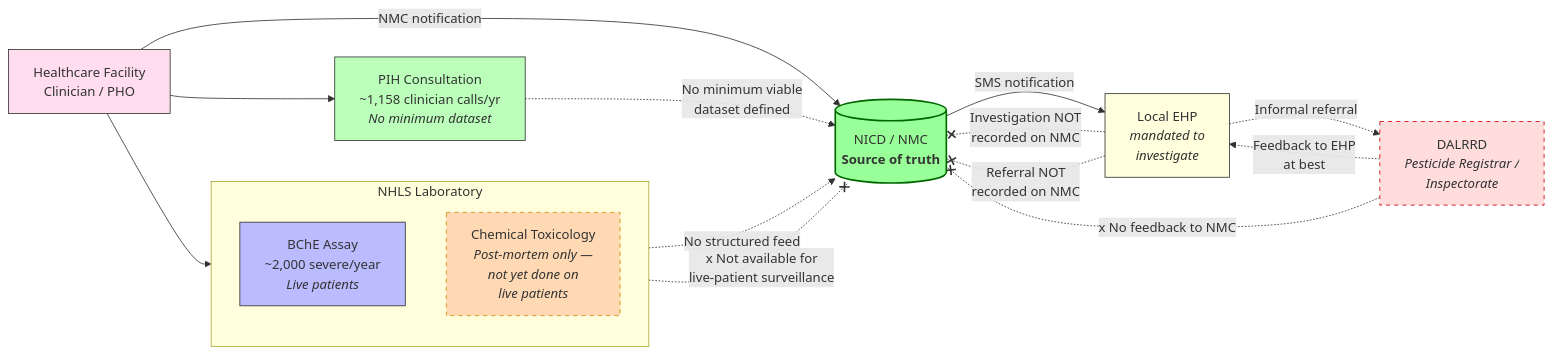
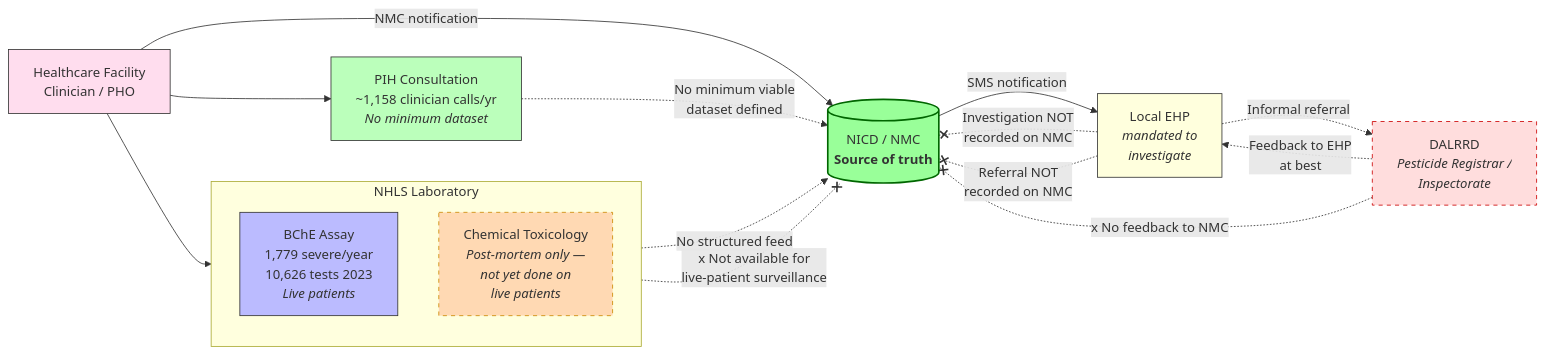
One commit to bridaybrummer/D2P_project changed the first of 2 diagrams in posts/surveillance_concept_note.qmd. Above: the diagram before and after it, drawn with Mermaid. The commit also changed other lines of this file and 9 other files, not shown here.

````diff
--- a/posts/surveillance_concept_note.qmd
+++ b/posts/surveillance_concept_note.qmd
@@ -43,34 +43,34 @@
 ```{mermaid}
 %%| label: fig-current-system
-%%| fig-cap: "Current (fragmented) surveillance architecture. NICD is the de facto source-of-truth for case notifications. Notifications on the NMC platform trigger an SMS to the local EHP (mandated to investigate) but the investigation outcome is not recorded back on NMC. EHP→DALRRD referral is informal and likewise unrecorded. NHLS holds two distinct laboratory streams — BChE (live patients, ~2,000/yr severe) and Chemical Toxicology (post-mortem only — not yet done on live patients) — neither of which feeds NICD in a structured way. PIH consultations are not captured against a minimum viable dataset."
+%%| fig-cap: "Current (fragmented) surveillance architecture. NICD is the de facto source-of-truth for case notifications. Notifications on the NMC platform trigger an SMS to the local EHP (mandated to investigate) but the investigation outcome is not recorded back on NMC. EHP→DALRRD referral is informal and likewise unrecorded. NHLS holds two distinct laboratory streams — BChE (live patients, 1,779/yr severe from 10,626 tests in 2023) and Chemical Toxicology (post-mortem only — not yet done on live patients) — neither of which feeds NICD in a structured way. PIH consultations are not captured against a minimum viable dataset."
 flowchart LR
     A[Healthcare Facility<br/>Clinician / PHO] -->|NMC notification| E[("NICD / NMC<br/><b>Source of truth</b>")]
     A --> N[NHLS Laboratory]
 
     subgraph N[NHLS Laboratory]
         direction TB
-        C1[BChE Assay<br/>~2,000 severe/year<br/><i>Live patients</i>]
+        C1[BChE Assay<br/>1,779 severe/year<br/>10,626 tests 2023<br/><i>Live patients</i>]
         C2[Chemical Toxicology<br/><i>Post-mortem only —<br/>not yet done on<br/>live patients</i>]
     end
 
     A --> D[PIH Consultation<br/>~1,158 clinician calls/yr<br/><i>No minimum dataset</i>]
 
     E -->|SMS notification| H[Local EHP<br/><i>mandated to<br/>investigate</i>]
     H -.Investigation NOT<br/>recorded on NMC.-x E
     H -.Informal referral.-> I[DALRRD<br/><i>Pesticide Registrar /<br/>Inspectorate</i>]
     H -.Referral NOT<br/>recorded on NMC.-x E
     I -.Feedback to EHP<br/>at best.-> H
     I -.x No feedback to NMC.-x E
 
     C1 -.No structured feed.-> E
     C2 -.x Not available for<br/>live-patient surveillance.-x E
     D -.No minimum viable<br/>dataset defined.-> E
 
     style E fill:#9f9,stroke:#060,stroke-width:2px
     style A fill:#fde,stroke:#333
     style C1 fill:#bbf,stroke:#333
     style C2 fill:#ffd9b3,stroke:#cc8800,stroke-dasharray: 5 5
     style D fill:#bfb,stroke:#333
     style H fill:#ffd,stroke:#333
     style I fill:#fdd,stroke:#cc0000,stroke-dasharray: 5 5
 ```
````
